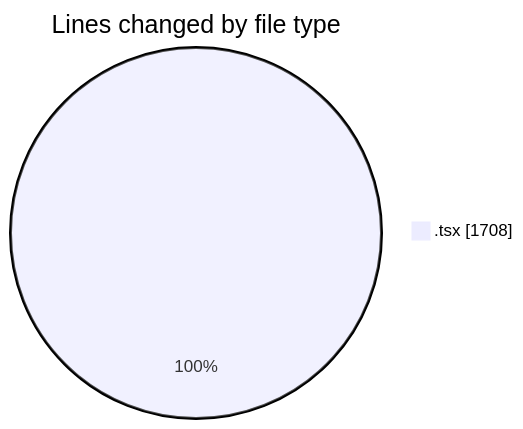
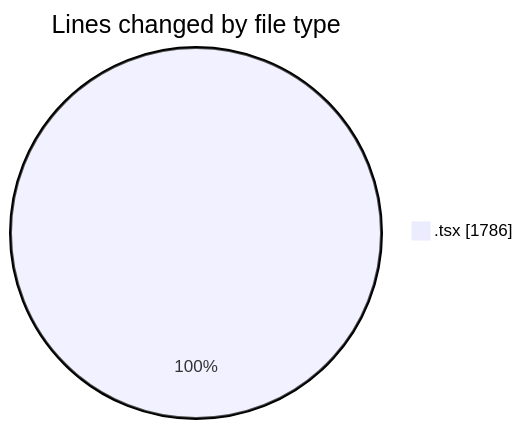
Before and after one commit to momahboobian/code-tracking: the first of 2 diagrams in 2025-06-12/cda/README.md, drawn with Mermaid. The commit also changed other lines of this file and 1 other file, not shown here.

````diff
--- a/2025-06-12/cda/README.md
+++ b/2025-06-12/cda/README.md
@@ -22,5 +23,5 @@
 ```mermaid
 pie showData
 title Lines changed by file type
-".tsx" : 1708
+".tsx" : 1786
 ```
````
